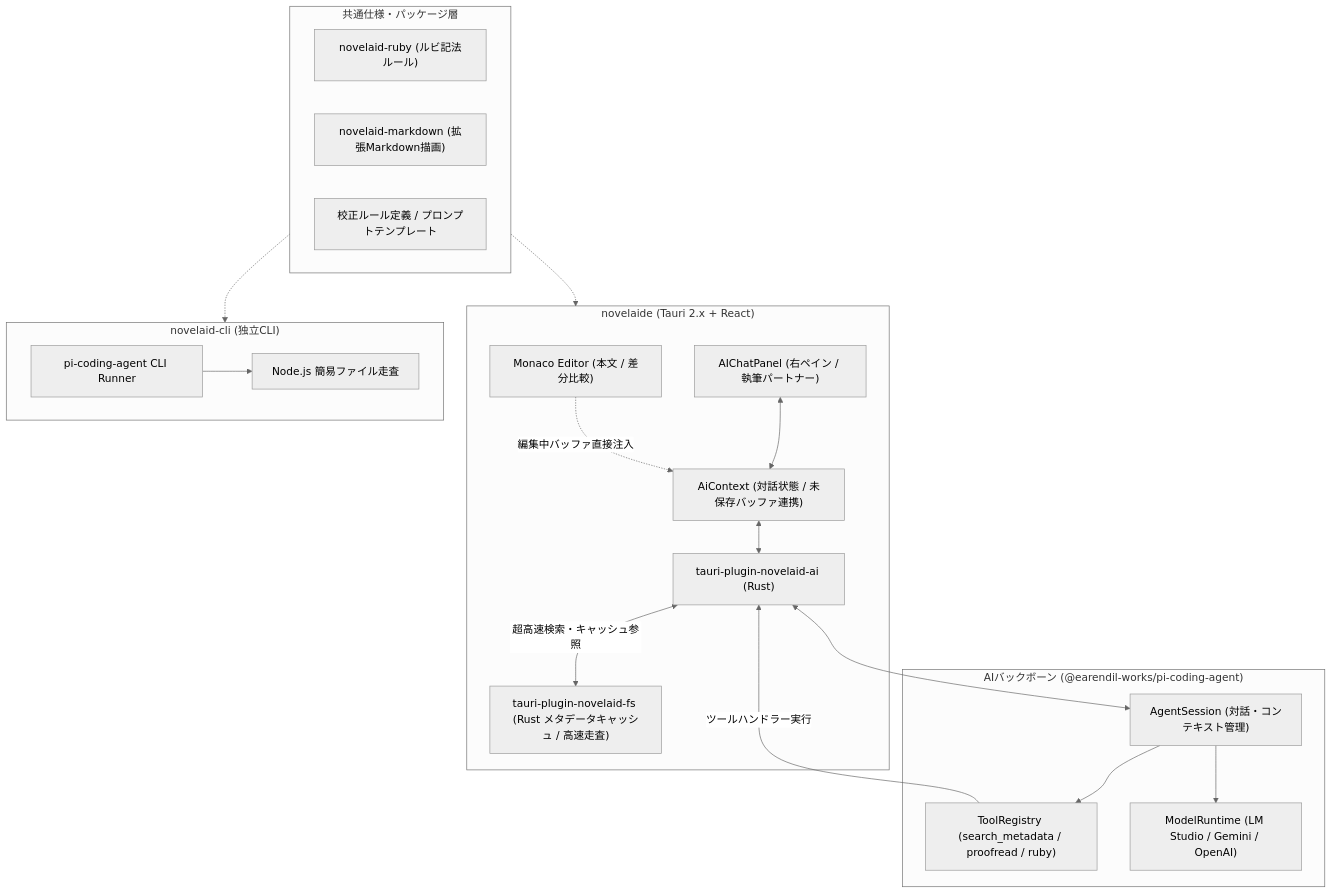
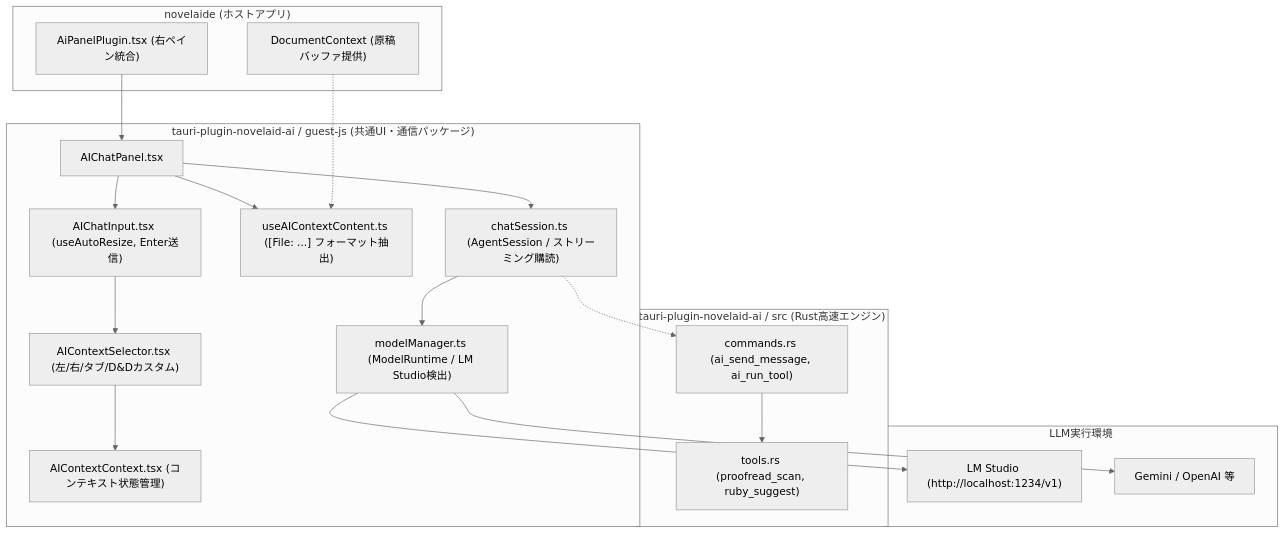
The diagram in docs/dev/AI関連機能およびpi-coding-agent連携計画.md (mituha/novelaid-editor-docs), drawn with Mermaid (neutral theme) before and after one commit. The commit also changed other lines of this file, not shown here.

Commit message:
docs: tauri-plugin-novelaid-aiへのUI/通信完全カプセル化とnovelaid-editor互換設計仕様の策定

````diff
--- a/docs/dev/AI関連機能およびpi-coding-agent連携計画.md
+++ b/docs/dev/AI関連機能およびpi-coding-agent連携計画.md
@@ -27,41 +63,41 @@
 ```mermaid
-flowchart TD
-    subgraph Shared["共通仕様・パッケージ層"]
-        SpecRuby["novelaid-ruby (ルビ記法ルール)"]
-        SpecMD["novelaid-markdown (拡張Markdown描画)"]
-        Rules["校正ルール定義 / プロンプトテンプレート"]
+graph TD
+    subgraph Plugin_GuestJS["tauri-plugin-novelaid-ai / guest-js (共通UI・通信パッケージ)"]
+        Panel["AIChatPanel.tsx"]
+        Input["AIChatInput.tsx (useAutoResize, Enter送信)"]
+        Selector["AIContextSelector.tsx (左/右/タブ/D&Dカスタム)"]
+        Hook["useAIContextContent.ts ([File: ...] フォーマット抽出)"]
+        Ctx["AIContextContext.tsx (コンテキスト状態管理)"]
+        Session["chatSession.ts (AgentSession / ストリーミング購読)"]
+        ModelMgr["modelManager.ts (ModelRuntime / LM Studio検出)"]
+
+        Panel --> Input
+        Input --> Selector
+        Selector --> Ctx
+        Panel --> Hook
+        Panel --> Session
+        Session --> ModelMgr
     end
 
-    subgraph Novelaide["novelaide (Tauri 2.x + React)"]
-        Editor["Monaco Editor (本文 / 差分比較)"]
-        ChatPanel["AIChatPanel (右ペイン / 執筆パートナー)"]
-        Ctx["AiContext (対話状態 / 未保存バッファ連携)"]
-        AI_Plugin["tauri-plugin-novelaid-ai (Rust)"]
-        FS_Plugin["tauri-plugin-novelaid-fs (Rust メタデータキャッシュ / 高速走査)"]
-        
-        ChatPanel <--> Ctx
-        Ctx <--> AI_Plugin
-        AI_Plugin <-->|"超高速検索・キャッシュ参照"| FS_Plugin
-        Editor -.->|"編集中バッファ直接注入"| Ctx
+    subgraph Plugin_Rust["tauri-plugin-novelaid-ai / src (Rust高速エンジン)"]
+        Commands["commands.rs (ai_send_message, ai_run_tool)"]
+        Tools["tools.rs (proofread_scan, ruby_suggest)"]
+        Commands --> Tools
     end
 
-    subgraph Backbone["AIバックボーン (@earendil-works/pi-coding-agent)"]
-        AgentSession["AgentSession (対話・コンテキスト管理)"]
-        ToolRegistry["ToolRegistry (search_metadata / proofread / ruby)"]
-        Provider["ModelRuntime (LM Studio / Gemini / OpenAI)"]
-        
-        AI_Plugin <--> AgentSession
-        AgentSession --> ToolRegistry
-        AgentSession --> Provider
-        ToolRegistry -->|"ツールハンドラー実行"| AI_Plugin
+    subgraph Host_Novelaide["novelaide (ホストアプリ)"]
+        HostPanel["AiPanelPlugin.tsx (右ペイン統合)"]
+        DocCtx["DocumentContext (原稿バッファ提供)"]
+        HostPanel --> Panel
+        DocCtx -.-> Hook
     end
 
-    subgraph NovelaidCli["novelaid-cli (独立CLI)"]
-        CLI["pi-coding-agent CLI Runner"]
-        SimpleFS["Node.js 簡易ファイル走査"]
-        CLI --> SimpleFS
+    subgraph LLM_Endpoints["LLM実行環境"]
+        LMStudio["LM Studio (http://localhost:1234/v1)"]
+        CloudAI["Gemini / OpenAI 等"]
     end
 
-    Shared -.-> Novelaide
-    Shared -.-> NovelaidCli
+    ModelMgr --> LMStudio
+    ModelMgr --> CloudAI
+    Session -.-> Commands
 ```
````
